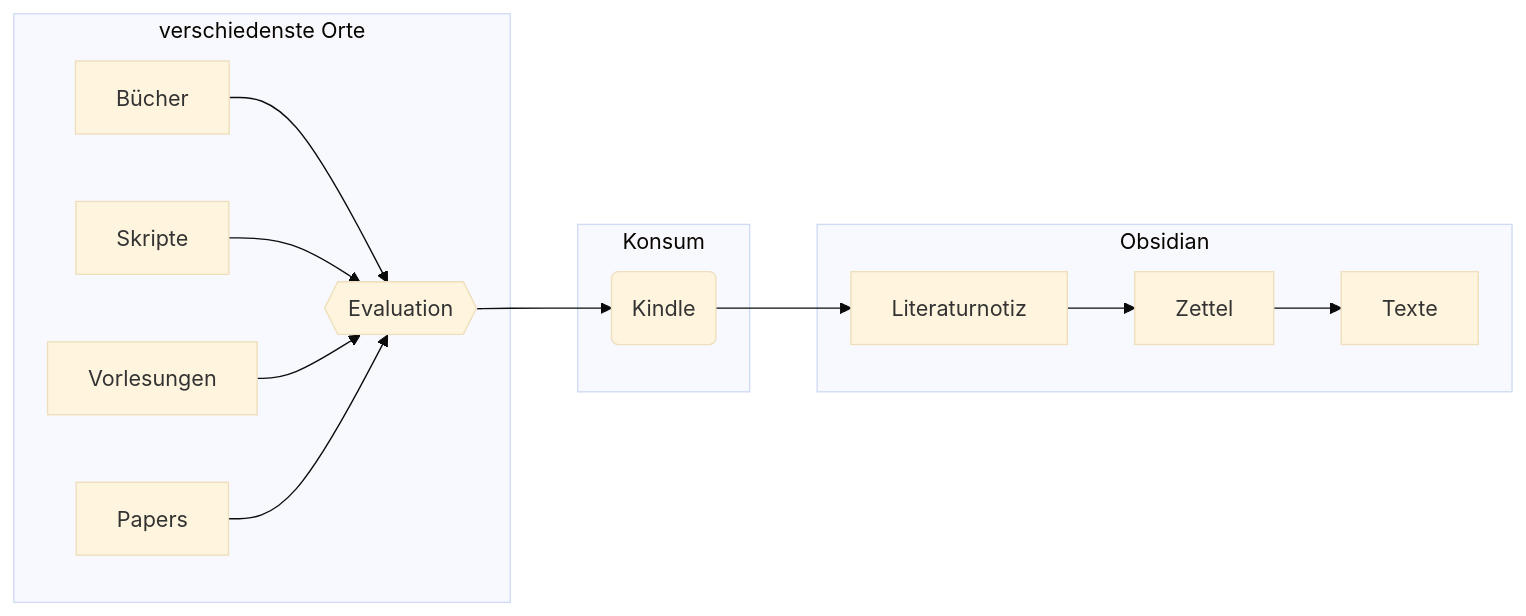
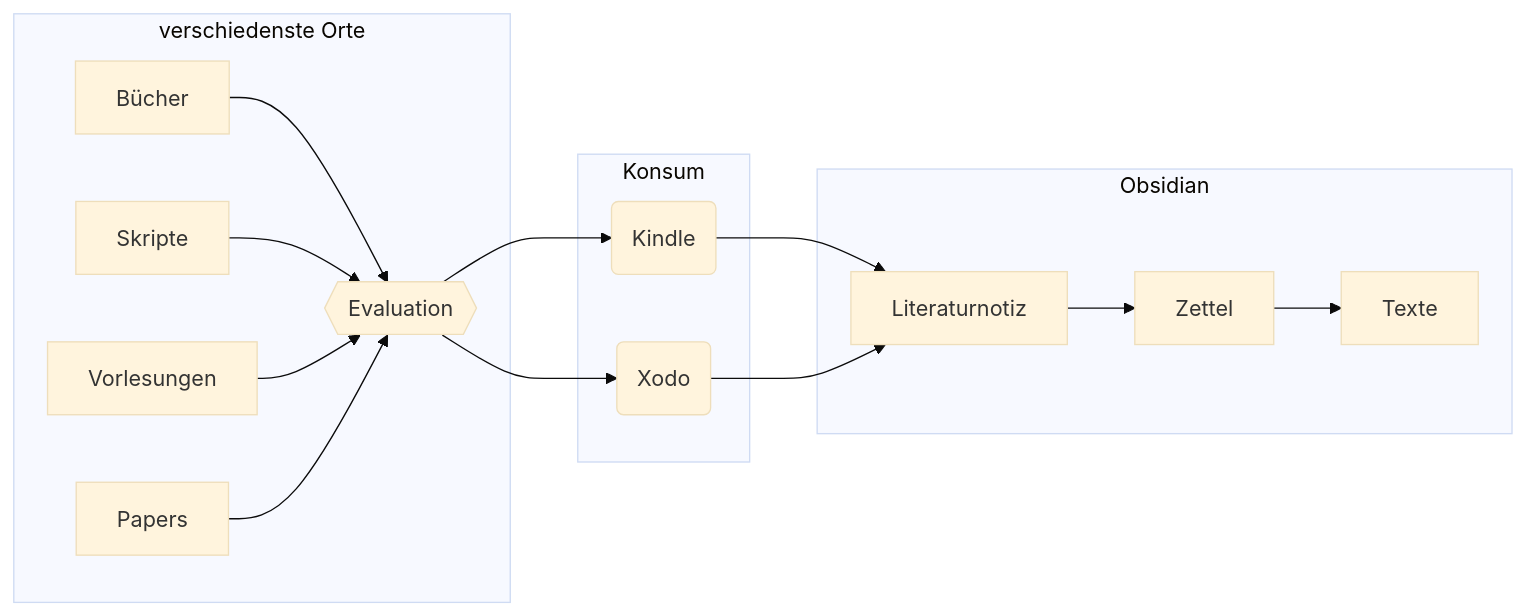
The diagram in System/Informationsverarbeitung.md (julianstoerig/zettelkasten), drawn with Mermaid (base theme) before and after one commit.

Commit message:
automatic version-control: 2021-01-11 22:43:50

````diff
--- a/System/Informationsverarbeitung.md
+++ b/System/Informationsverarbeitung.md
@@ -1,29 +1,33 @@
 ```mermaid
 graph LR;
 
 B["Bücher"]
 S["Skripte"]
 V["Vorlesungen"]
 P["Papers"]
 
 E{{"Evaluation"}}
 K("Kindle")
+X("Xodo")
 
 L["Literaturnotiz"]
 Z["Zettel"]
 T["Texte"]
 
 subgraph verschiedenste Orte
 	B & S & V & P --> E
 end
 
 subgraph Konsum
 	E --> K
+	E--> X
 end
 
 subgraph Obsidian
 	K --> L
+	X --> L
+	
 	L --> Z
 	Z --> T
 end
 ```
````
